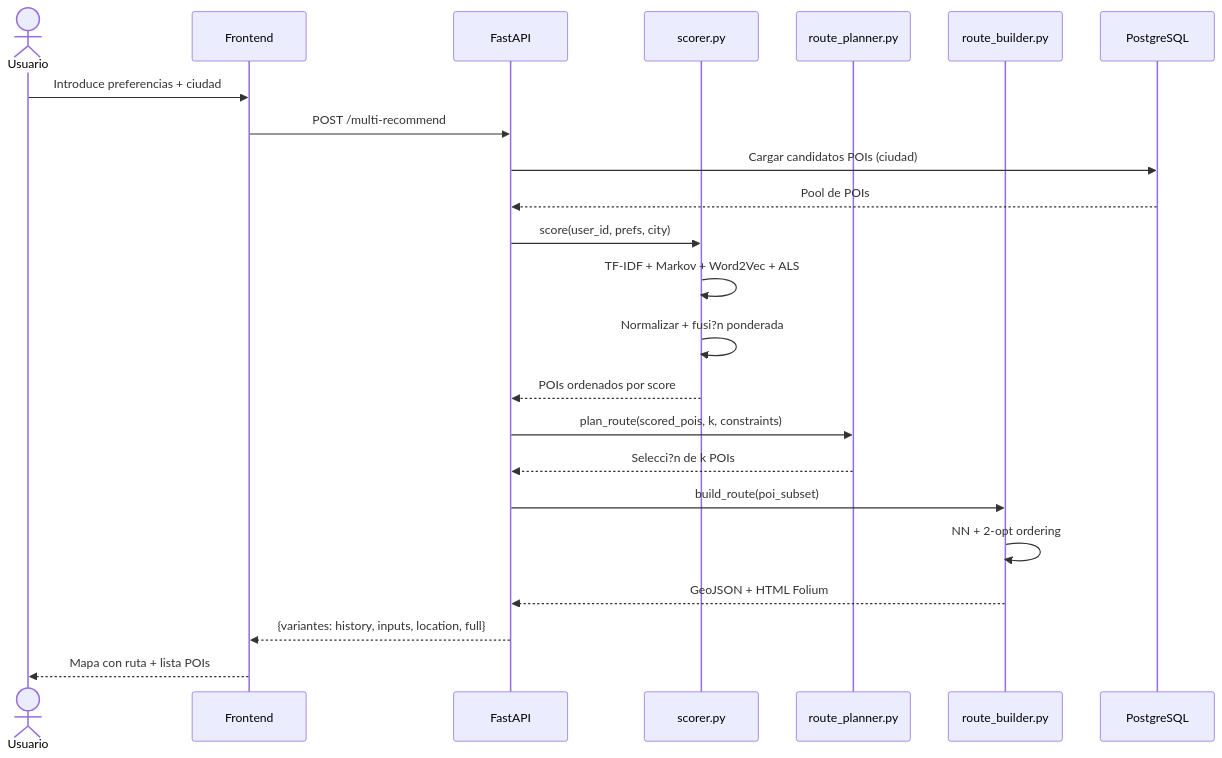
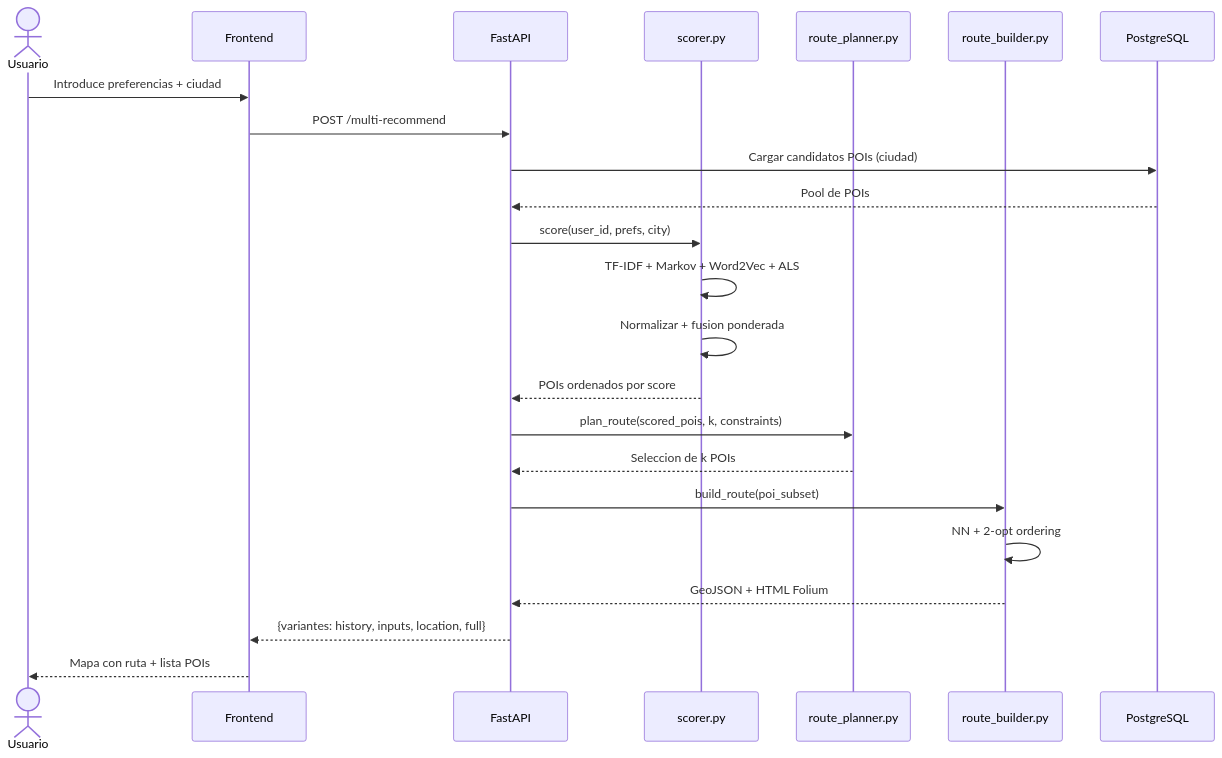
The second of 4 diagrams in README.md (davidtarrasa/TFG-Tourism-Route-Recommendation), drawn with Mermaid before and after one commit. The commit also changed other lines of this file and 1 other file, not shown here.

Commit message:
feat(frontend/api): actualizacion readme del sistem de evaluacion

````diff
--- a/README.md
+++ b/README.md
@@ -281,26 +281,26 @@
 ```mermaid
 sequenceDiagram
     actor U as Usuario
     participant FE as Frontend
     participant API as FastAPI
     participant SC as scorer.py
     participant RP as route_planner.py
     participant RB as route_builder.py
     participant DB as PostgreSQL
 
     U->>FE: Introduce preferencias + ciudad
     FE->>API: POST /multi-recommend
     API->>DB: Cargar candidatos POIs (ciudad)
     DB-->>API: Pool de POIs
     API->>SC: score(user_id, prefs, city)
     SC->>SC: TF-IDF + Markov + Word2Vec + ALS
-    SC->>SC: Normalizar + fusi?n ponderada
+    SC->>SC: Normalizar + fusion ponderada
     SC-->>API: POIs ordenados por score
     API->>RP: plan_route(scored_pois, k, constraints)
-    RP-->>API: Selecci?n de k POIs
+    RP-->>API: Seleccion de k POIs
     API->>RB: build_route(poi_subset)
     RB->>RB: NN + 2-opt ordering
     RB-->>API: GeoJSON + HTML Folium
     API-->>FE: {variantes: history, inputs, location, full}
     FE-->>U: Mapa con ruta + lista POIs
 ```
````
